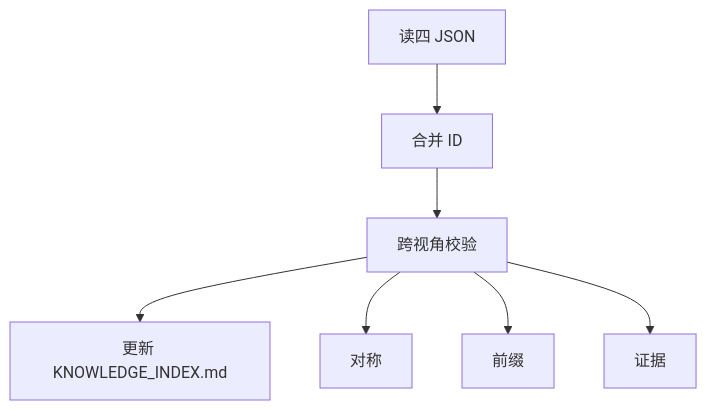
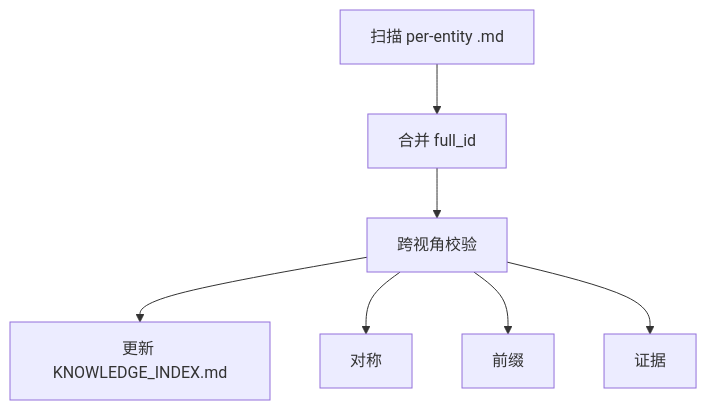
One commit to oleewen/ai-knowledge changed the diagram in agent/skills/docs-build/references/consolidation-spec.md. Above: the diagram before and after it, drawn with Mermaid. The commit also changed other lines of this file and 6 other files, not shown here.

````diff
--- a/agent/skills/docs-build/references/consolidation-spec.md
+++ b/agent/skills/docs-build/references/consolidation-spec.md
@@ -7,9 +7,9 @@
 ```mermaid
 graph TD
-    A[读四 JSON] --> B[合并 ID]
+    A[扫描 per-entity .md] --> B[合并 full_id]
     B --> C[跨视角校验]
     C --> D[更新 KNOWLEDGE_INDEX.md]
     C --> C1[对称]
     C --> C2[前缀]
     C --> C3[证据]
 ```
````
